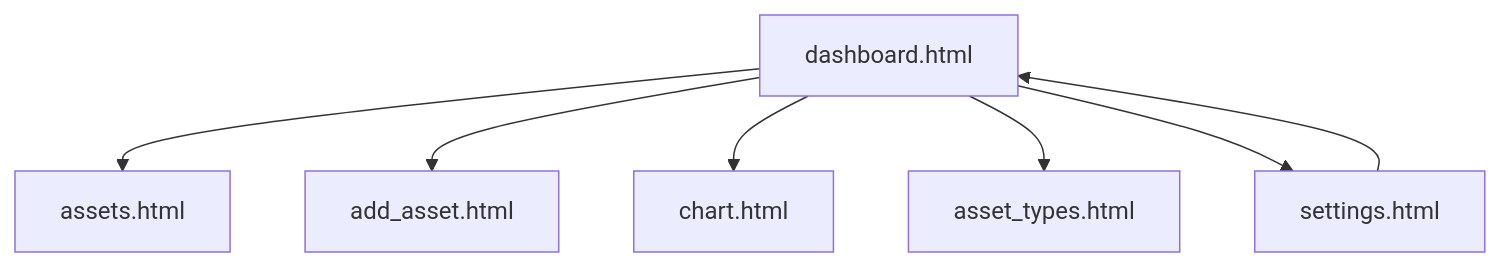
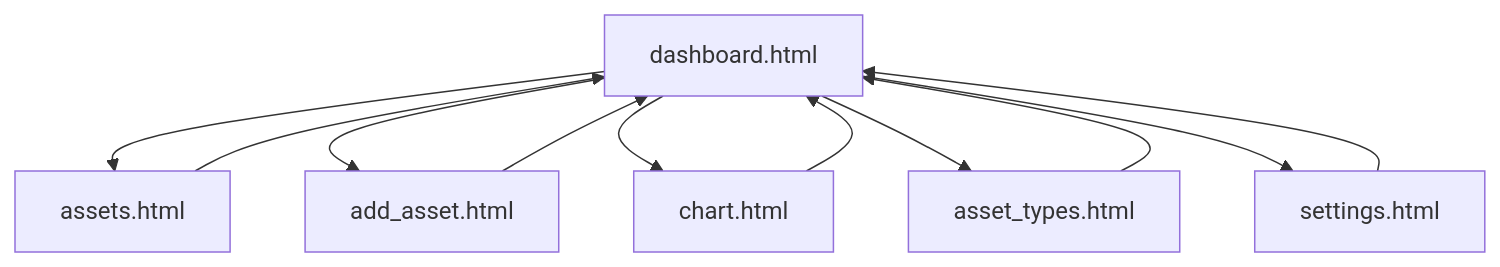
The diagram in docs/05.UI 设计文档.md (tonydyb/assets_app), drawn with Mermaid before and after one commit. The commit also changed other lines of this file and 1 other file, not shown here.

````diff
--- a/docs/05.UI 设计文档.md
+++ b/docs/05.UI 设计文档.md
@@ -41,9 +41,13 @@
 ```mermaid
 flowchart TD
   dashboard[dashboard.html] --> assets[assets.html]
   dashboard --> addAsset[add_asset.html]
   dashboard --> chart[chart.html]
   dashboard --> types[asset_types.html]
   dashboard --> settings[settings.html]
+  assets --> dashboard
+  addAsset --> dashboard
+  chart --> dashboard
+  types --> dashboard
   settings --> dashboard
 ```
````
